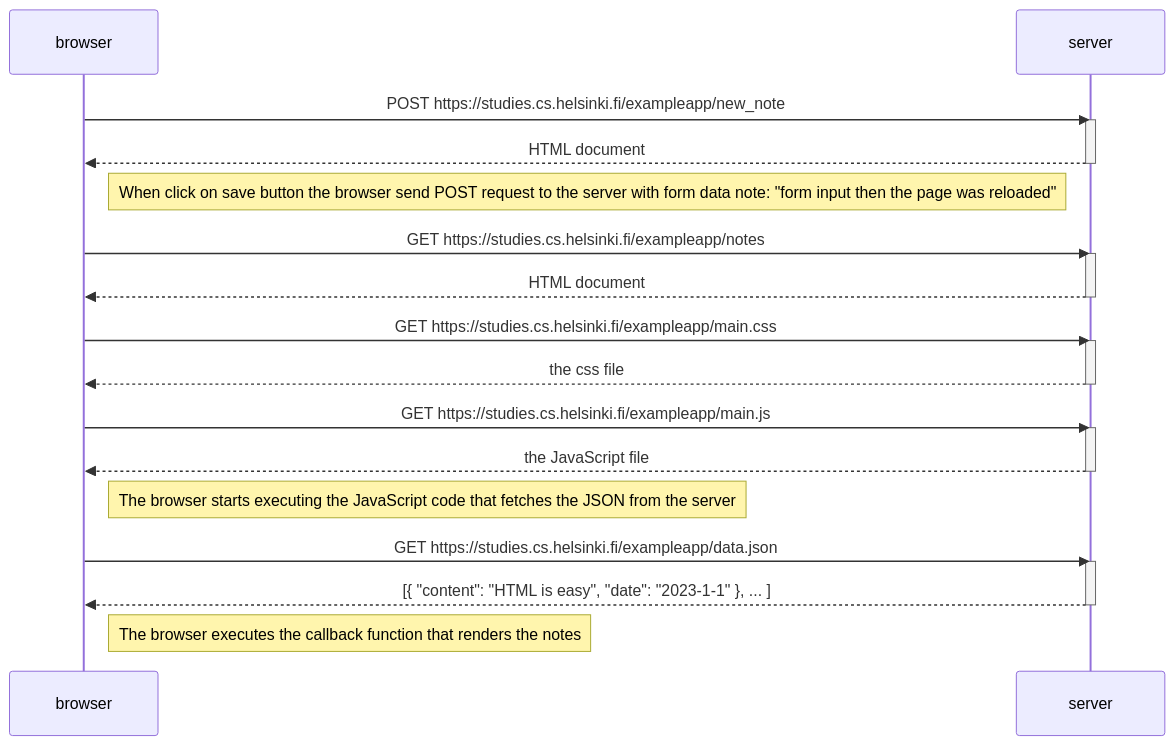
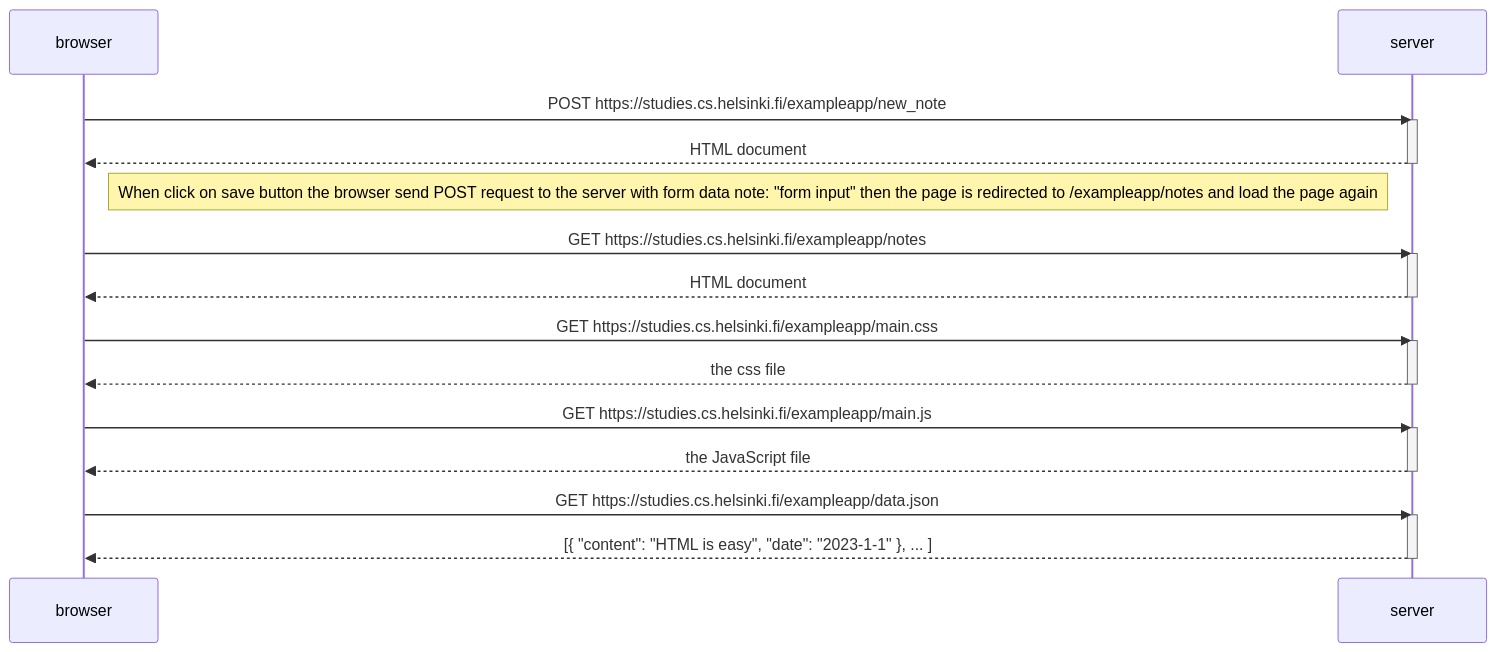
Before and after one commit to tontong1412/full-stack-course: the first of 3 diagrams in part0/diagram.md, drawn with Mermaid. The commit also changed other lines of this file, not shown here.

Commit message:
new note single page diagram

`````diff
--- a/part0/diagram.md
+++ b/part0/diagram.md
@@ -3,35 +3,32 @@
 ```mermaid
 sequenceDiagram
     participant browser
     participant server
 
     browser->>server: POST https://studies.cs.helsinki.fi/exampleapp/new_note
     activate server
     server-->>browser: HTML document
     deactivate server
-    Note right of browser: When click on save button the browser send POST request to the server with form data note: "form input then the page was reloaded"
+    Note right of browser: When click on save button the browser send POST request to the server with form data note: "form input" then the page is redirected to /exampleapp/notes and load the page again
 
     browser->>server: GET https://studies.cs.helsinki.fi/exampleapp/notes
     activate server
     server-->>browser: HTML document
     deactivate server
 
     browser->>server: GET https://studies.cs.helsinki.fi/exampleapp/main.css
     activate server
     server-->>browser: the css file
     deactivate server
 
     browser->>server: GET https://studies.cs.helsinki.fi/exampleapp/main.js
     activate server
     server-->>browser: the JavaScript file
     deactivate server
 
-    Note right of browser: The browser starts executing the JavaScript code that fetches the JSON from the server
-
     browser->>server: GET https://studies.cs.helsinki.fi/exampleapp/data.json
     activate server
     server-->>browser: [{ "content": "HTML is easy", "date": "2023-1-1" }, ... ]
     deactivate server
 
-    Note right of browser: The browser executes the callback function that renders the notes
 ````
`````
